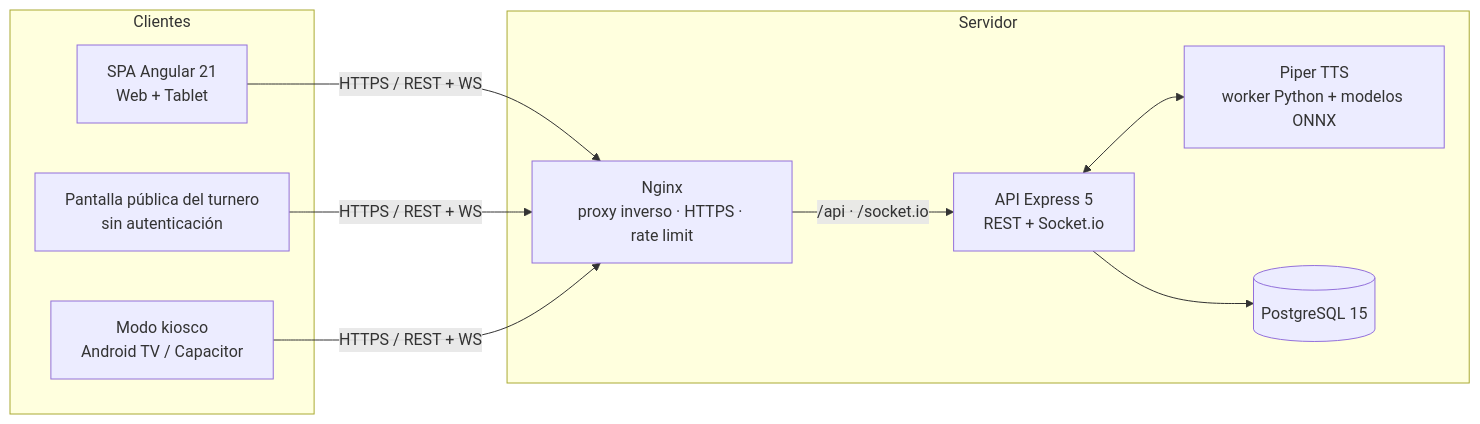
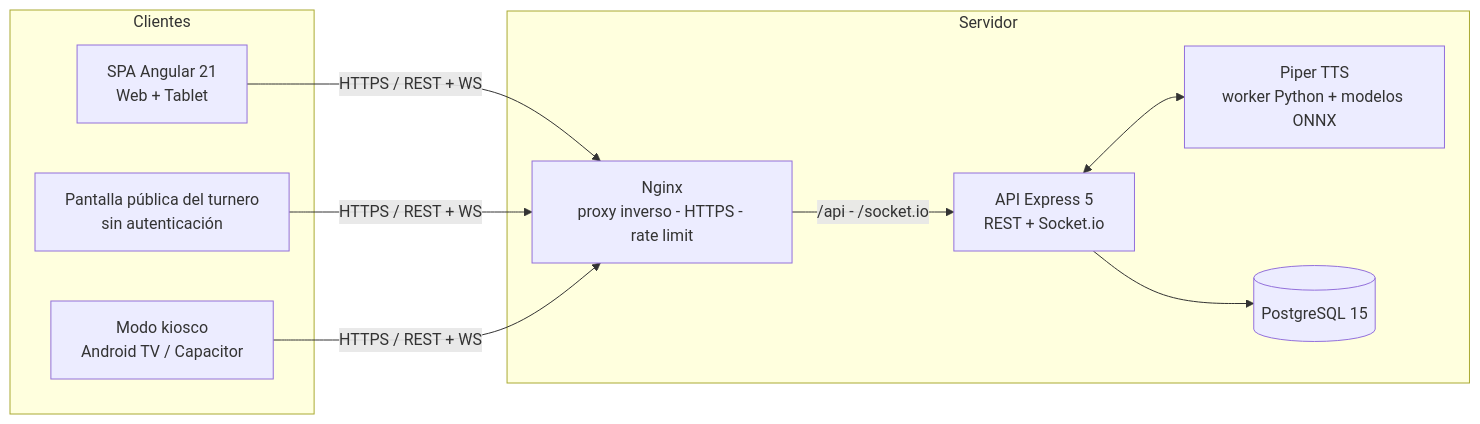
The diagram in README.md (EJCP06/sistema-clinica), drawn with Mermaid before and after one commit. The commit also changed other lines of this file, not shown here.

````diff
--- a/README.md
+++ b/README.md
@@ -51,22 +51,22 @@
 ```mermaid
 flowchart LR
     subgraph Clientes
         A[SPA Angular 21<br/>Web + Tablet]
         T[Pantalla pública del turnero<br/>sin autenticación]
         K[Modo kiosco<br/>Android TV / Capacitor]
     end
 
     subgraph Servidor
-        N[Nginx<br/>proxy inverso · HTTPS · rate limit]
+        N[Nginx<br/>proxy inverso - HTTPS - rate limit]
         API[API Express 5<br/>REST + Socket.io]
         P[Piper TTS<br/>worker Python + modelos ONNX]
         DB[(PostgreSQL 15)]
     end
 
     A -->|HTTPS / REST + WS| N
     T -->|HTTPS / REST + WS| N
     K -->|HTTPS / REST + WS| N
-    N -->|/api · /socket.io| API
+    N -->|/api - /socket.io| API
     API --> DB
     API <--> P
 ```
````
